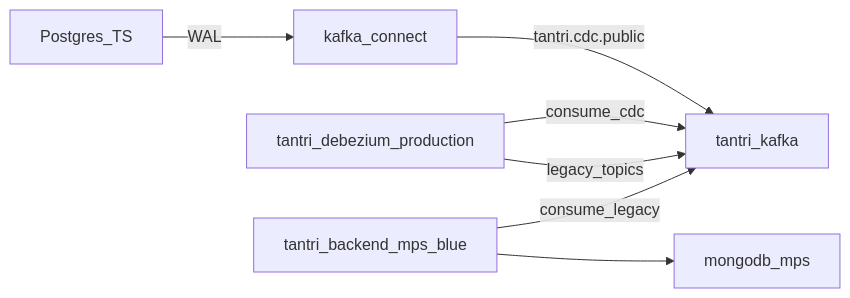
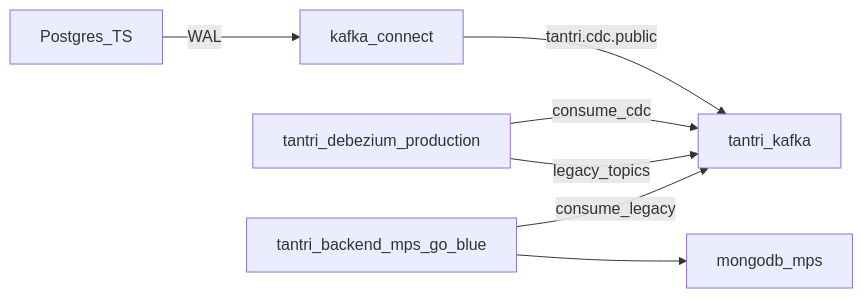
The diagram in CDC-RUNBOOK.md (fikiap23/tantri-report), drawn with Mermaid before and after one commit. The commit also changed other lines of this file, not shown here.

````diff
--- a/CDC-RUNBOOK.md
+++ b/CDC-RUNBOOK.md
@@ -39,9 +42,9 @@
 ```mermaid
 flowchart LR
   pg[Postgres_TS] -->|WAL| connect[kafka_connect]
   connect -->|tantri.cdc.public| kafka[tantri_kafka]
   relay[tantri_debezium_production] -->|consume_cdc| kafka
   relay -->|legacy_topics| kafka
-  mps[tantri_backend_mps_blue] -->|consume_legacy| kafka
+  mps[tantri_backend_mps_go_blue] -->|consume_legacy| kafka
   mps --> mongo[mongodb_mps]
 ```
````
